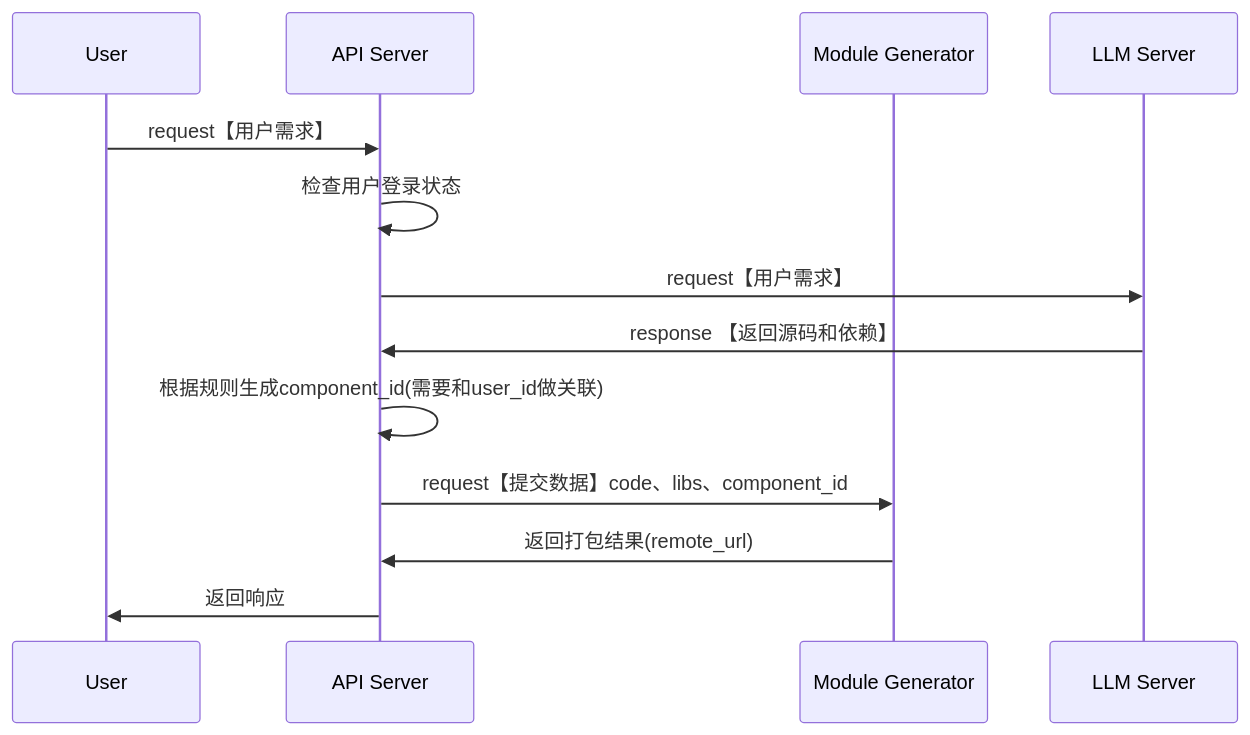
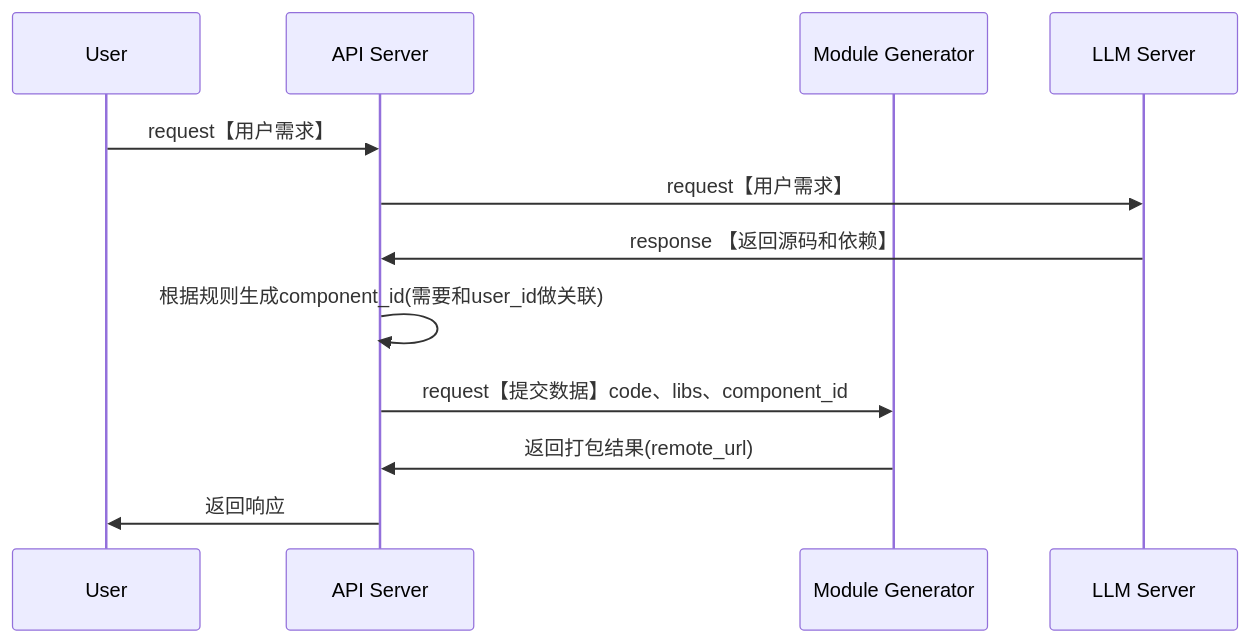
Before and after one commit to yingjianzh/iodraw-files: the diagram in all/w3-基础流程.md, drawn with Mermaid.

Commit message:
2024-10-09 16:26:07 update

````diff
--- a/all/w3-基础流程.md
+++ b/all/w3-基础流程.md
@@ -1,19 +1,19 @@
 ```mermaid
 sequenceDiagram
     participant User
     participant API Server
     participant Module Generator
     participant LLM Server
 
     User->>API Server: request【用户需求】
-    API Server->>API Server: 检查用户登录状态
+    
     
 
     API Server->>LLM Server: request【用户需求】
     LLM Server->>API Server: response 【返回源码和依赖】
     API Server->>API Server: 根据规则生成component_id(需要和user_id做关联)
     API Server->>Module Generator: request【提交数据】code、libs、component_id
     Module Generator->>API Server: 返回打包结果(remote_url)
     
     API Server->>User: 返回响应
 ```
````
